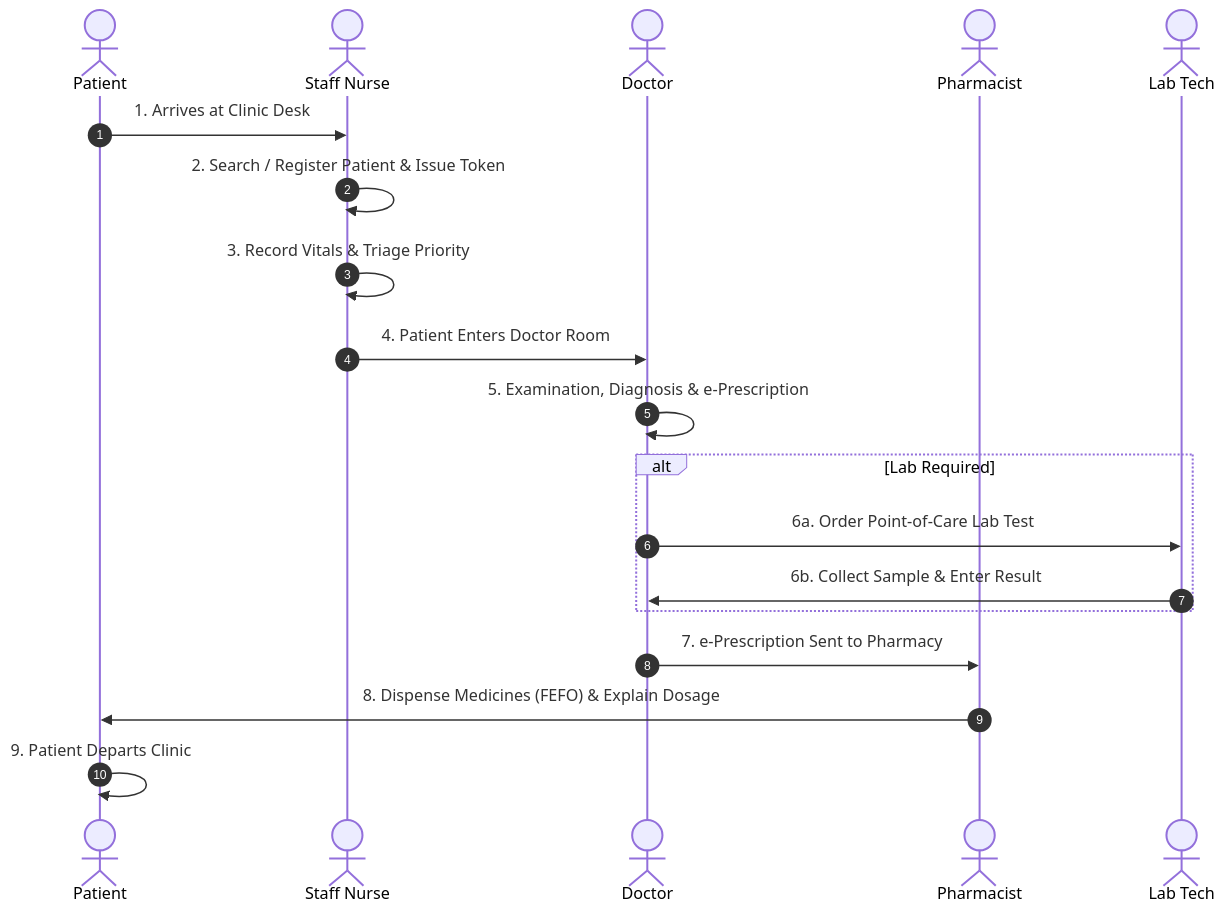
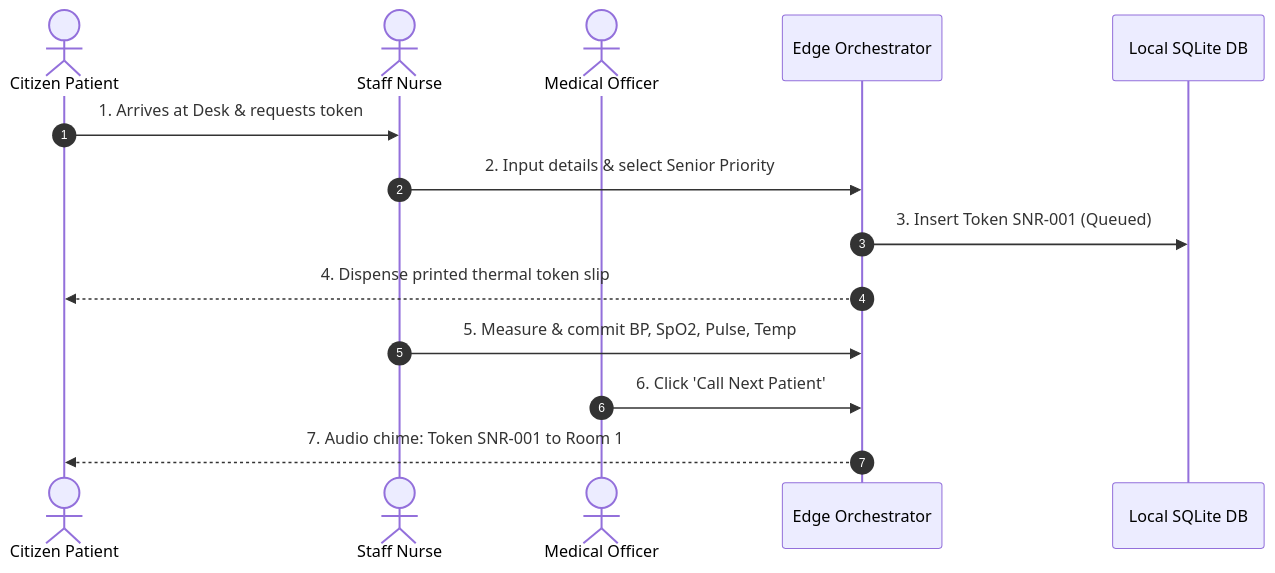
The second of 4 diagrams in docs/03-workflows/01-master-clinic-workflow.md (saimaa0910/mvp), drawn with Mermaid before and after one commit. The commit also changed other lines of this file and 54 other files, not shown here.

````diff
--- a/docs/03-workflows/01-master-clinic-workflow.md
+++ b/docs/03-workflows/01-master-clinic-workflow.md
@@ -19,21 +867,16 @@
 ```mermaid
 sequenceDiagram
     autonumber
-    actor P as Patient
+    actor C as Citizen Patient
     actor N as Staff Nurse
-    actor D as Doctor
-    actor PH as Pharmacist
-    actor L as Lab Tech
-    P->>N: 1. Arrives at Clinic Desk
-    N->>N: 2. Search / Register Patient & Issue Token
-    N->>N: 3. Record Vitals & Triage Priority
-    N->>D: 4. Patient Enters Doctor Room
-    D->>D: 5. Examination, Diagnosis & e-Prescription
-    alt Lab Required
-        D->>L: 6a. Order Point-of-Care Lab Test
-        L->>D: 6b. Collect Sample & Enter Result
-    end
-    D->>PH: 7. e-Prescription Sent to Pharmacy
-    PH->>P: 8. Dispense Medicines (FEFO) & Explain Dosage
-    P->>P: 9. Patient Departs Clinic
+    actor D as Medical Officer
+    participant E as Edge Orchestrator
+    participant DB as Local SQLite DB
+    C->>N: 1. Arrives at Desk & requests token
+    N->>E: 2. Input details & select Senior Priority
+    E->>DB: 3. Insert Token SNR-001 (Queued)
+    E-->>C: 4. Dispense printed thermal token slip
+    N->>E: 5. Measure & commit BP, SpO2, Pulse, Temp
+    D->>E: 6. Click 'Call Next Patient'
+    E-->>C: 7. Audio chime: Token SNR-001 to Room 1
 ```
````
